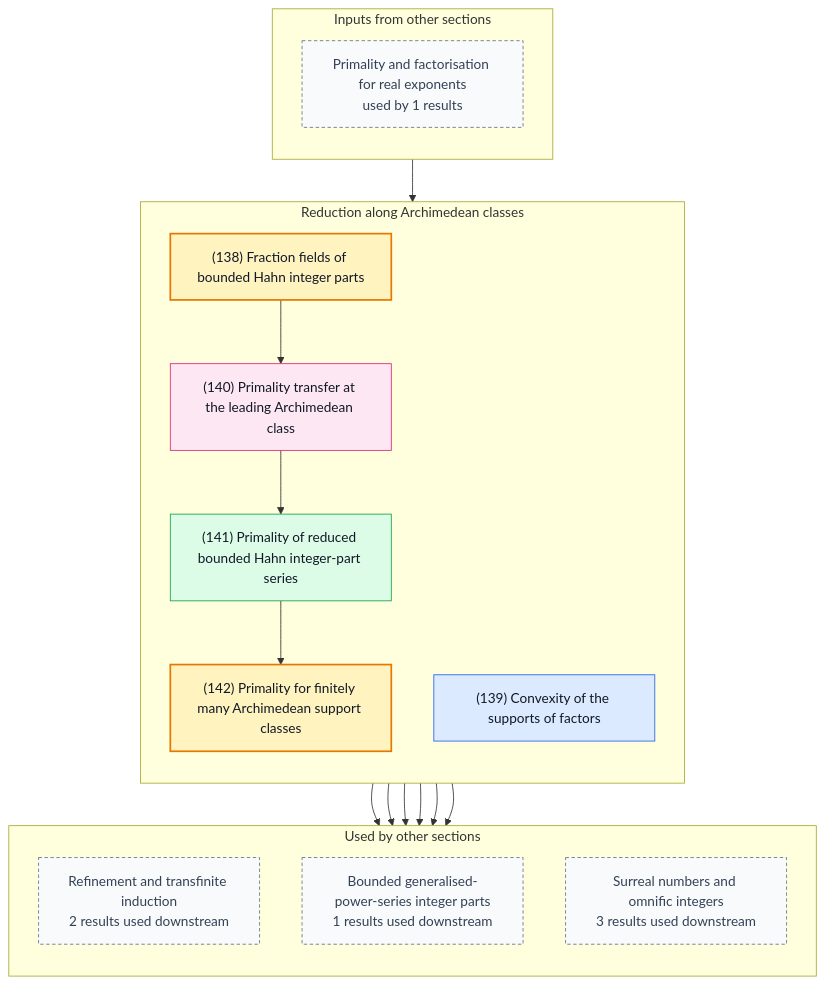
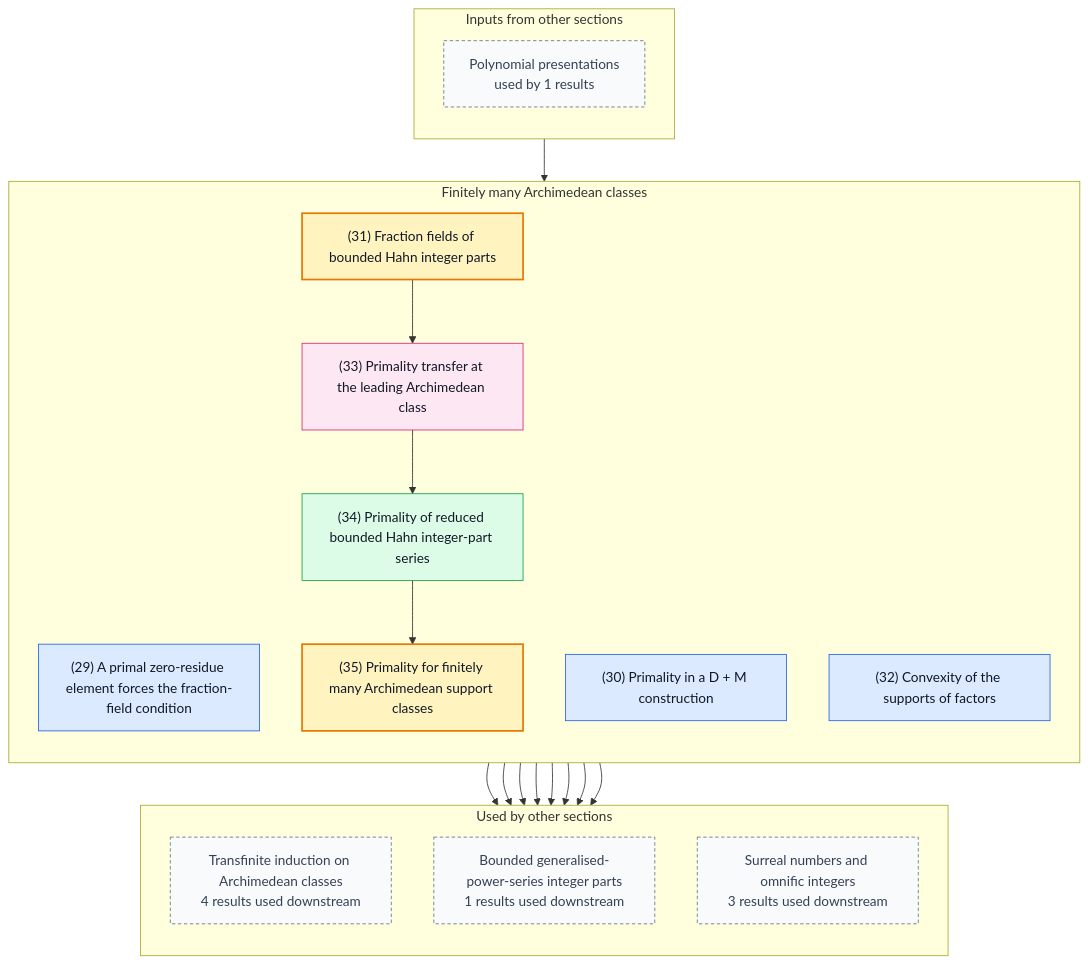
The fourth of 8 diagrams in README.md (gaearon/conway-refinement), drawn with Mermaid before and after one commit. The commit also changed other lines of this file and 82 other files, not shown here.

First line of the commit message:
Reduce along Archimedean classes by one D+M step lemma

````diff
--- a/README.md
+++ b/README.md
@@ -1083,48 +377,54 @@
 ```mermaid
 %% Generated by scripts/blueprint.sh; do not edit.
 %% Other sections are compressed to boundary nodes.
 %% Solid arrows are proof dependencies; dashed arrows are statement dependencies.
 flowchart TB
   subgraph inputs["Inputs from other sections"]
     direction TB
-    in0["Primality and factorisation for real exponents<br/>used by 1 results"]:::boundary
+    in0["Polynomial presentations<br/>used by 1 results"]:::boundary
   end
-  subgraph current["Reduction along Archimedean classes"]
+  subgraph current["Finitely many Archimedean classes"]
     direction TB
-    n138["(138) Fraction fields of bounded Hahn integer parts"]:::theorem
-    n139["(139) Convexity of the supports of factors"]:::lemma
-    n140["(140) Primality transfer at the leading Archimedean class"]:::fact
-    n141["(141) Primality of reduced bounded Hahn integer-part series"]:::corollary
-    n142["(142) Primality for finitely many Archimedean support classes"]:::theorem
+    n029["(29) A primal zero-residue element forces the fraction-field condition"]:::lemma
+    n030["(30) Primality in a D + M construction"]:::lemma
+    n031["(31) Fraction fields of bounded Hahn integer parts"]:::theorem
+    n032["(32) Convexity of the supports of factors"]:::lemma
+    n033["(33) Primality transfer at the leading Archimedean class"]:::fact
+    n034["(34) Primality of reduced bounded Hahn integer-part series"]:::corollary
+    n035["(35) Primality for finitely many Archimedean support classes"]:::theorem
   end
   subgraph outputs["Used by other sections"]
     direction TB
-    out0["Refinement and transfinite induction<br/>2 results used downstream"]:::boundary
+    out0["Transfinite induction on Archimedean classes<br/>4 results used downstream"]:::boundary
     out1["Bounded generalised-power-series integer parts<br/>1 results used downstream"]:::boundary
     out2["Surreal numbers and omnific integers<br/>3 results used downstream"]:::boundary
   end
 
-  n138 --> n140
-  n140 --> n141
-  n141 --> n142
-  in0 --> n141
-  n139 --> out0
-  n142 --> out0
-  n138 --> out1
-  n138 --> out2
-  n141 --> out2
-  n142 --> out2
-  click n138 "https://gaearon.github.io/conway-refinement/#/result/bounded-hahn-integer-part-fraction-field" "Open the statement for theorem 138"
-  click n139 "https://gaearon.github.io/conway-refinement/#/result/convex-support-of-factors" "Open the statement for lemma 139"
-  click n140 "https://gaearon.github.io/conway-refinement/#/result/leading-class-primality-transfer" "Open the statement for fact 140"
-  click n141 "https://gaearon.github.io/conway-refinement/#/result/reduced-hahn-integer-part-primal" "Open the statement for corollary 141"
-  click n142 "https://gaearon.github.io/conway-refinement/#/result/finite-support-classes-primality" "Open the statement for theorem 142"
+  n031 --> n033
+  n033 --> n034
+  n034 --> n035
+  in0 --> n034
+  n029 --> out0
+  n030 --> out0
+  n032 --> out0
+  n035 --> out0
+  n031 --> out1
+  n031 --> out2
+  n034 --> out2
+  n035 --> out2
+  click n029 "https://gaearon.github.io/conway-refinement/#/result/primal-zero-residue-fraction-field" "Open the statement for lemma 29"
+  click n030 "https://gaearon.github.io/conway-refinement/#/result/primality-in-d-plus-m" "Open the statement for lemma 30"
+  click n031 "https://gaearon.github.io/conway-refinement/#/result/bounded-hahn-integer-part-fraction-field" "Open the statement for theorem 31"
+  click n032 "https://gaearon.github.io/conway-refinement/#/result/convex-support-of-factors" "Open the statement for lemma 32"
+  click n033 "https://gaearon.github.io/conway-refinement/#/result/leading-class-primality-transfer" "Open the statement for fact 33"
+  click n034 "https://gaearon.github.io/conway-refinement/#/result/reduced-hahn-integer-part-primal" "Open the statement for corollary 34"
+  click n035 "https://gaearon.github.io/conway-refinement/#/result/finite-support-classes-primality" "Open the statement for theorem 35"
 
   classDef theorem fill:#fff3bf,stroke:#e67700,stroke-width:2px,color:#111827
   classDef definition fill:#f3f4f6,stroke:#4b5563,color:#111827
   classDef lemma fill:#dbeafe,stroke:#2563eb,color:#111827
   classDef proposition fill:#ede9fe,stroke:#7c3aed,color:#111827
   classDef corollary fill:#dcfce7,stroke:#16a34a,color:#111827
   classDef fact fill:#fce7f3,stroke:#db2777,color:#111827
   classDef boundary fill:#f8fafc,stroke:#64748b,stroke-dasharray:4 3,color:#334155
 ```
````
